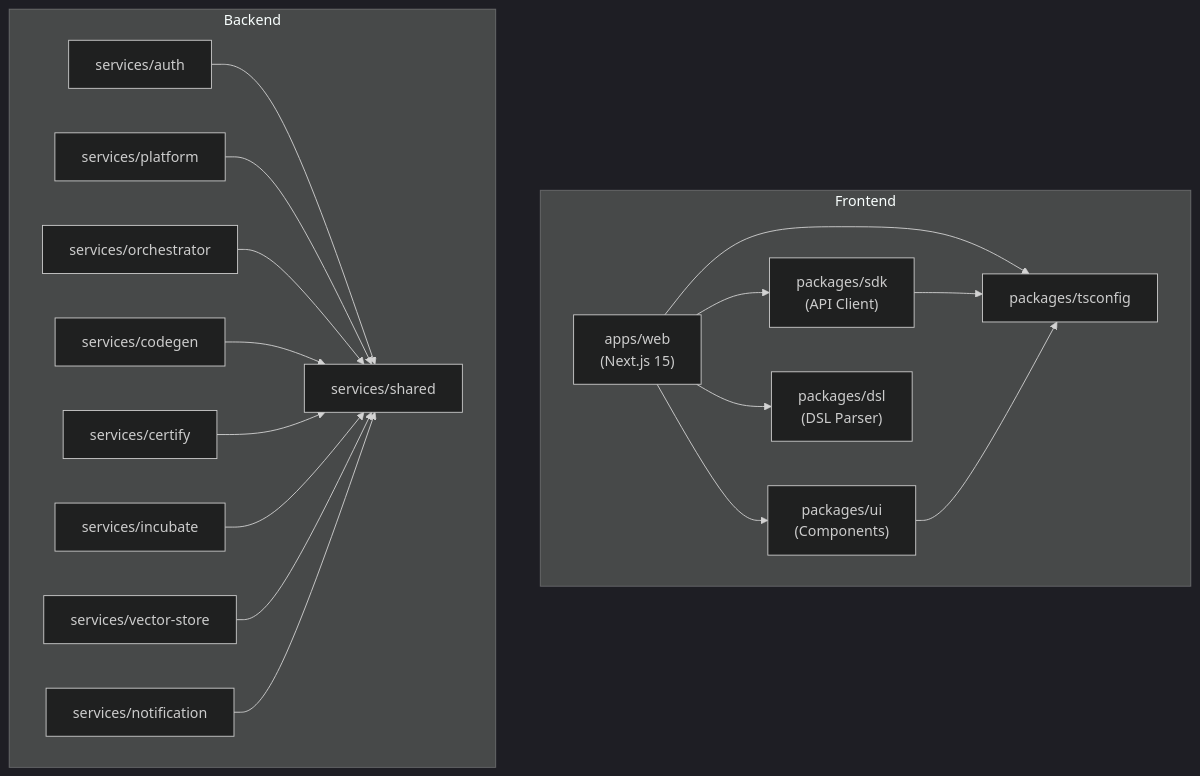
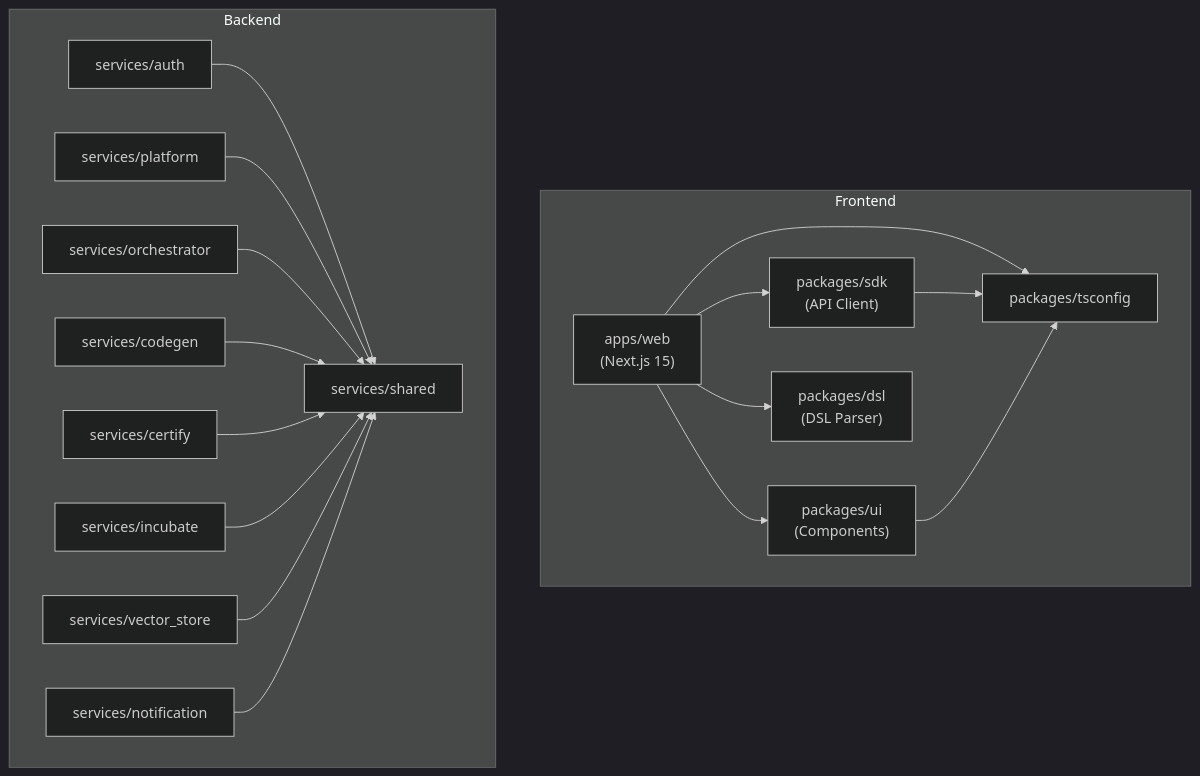
Before and after one commit to enrolconsultancy1-hue/Afroid: the diagram in blueprints/02-TECH-STACK.md, drawn with Mermaid (dark theme). The commit also changed 21 other files, not shown here.

Commit message:
fix(vector-store): rename services/vector-store -> vector_store to fix package import path

````diff
--- a/blueprints/02-TECH-STACK.md
+++ b/blueprints/02-TECH-STACK.md
@@ -237,38 +237,38 @@
 ```mermaid
 graph TD
     subgraph "Frontend"
         WEB["apps/web<br/>(Next.js 15)"]
         SDK["packages/sdk<br/>(API Client)"]
         UI["packages/ui<br/>(Components)"]
         DSL_TS["packages/dsl<br/>(DSL Parser)"]
         TSCONFIG["packages/tsconfig"]
     end
 
     subgraph "Backend"
         AUTH["services/auth"]
         PLAT["services/platform"]
         ORCH["services/orchestrator"]
         CGEN["services/codegen"]
         CERT["services/certify"]
         INC["services/incubate"]
-        VS["services/vector-store"]
+        VS["services/vector_store"]
         NOTIF["services/notification"]
         SHARED["services/shared"]
     end
 
     WEB --> SDK
     WEB --> UI
     WEB --> DSL_TS
     WEB --> TSCONFIG
     SDK --> TSCONFIG
     UI --> TSCONFIG
 
     AUTH --> SHARED
     PLAT --> SHARED
     ORCH --> SHARED
     CGEN --> SHARED
     CERT --> SHARED
     INC --> SHARED
     VS --> SHARED
     NOTIF --> SHARED
 ```
````
